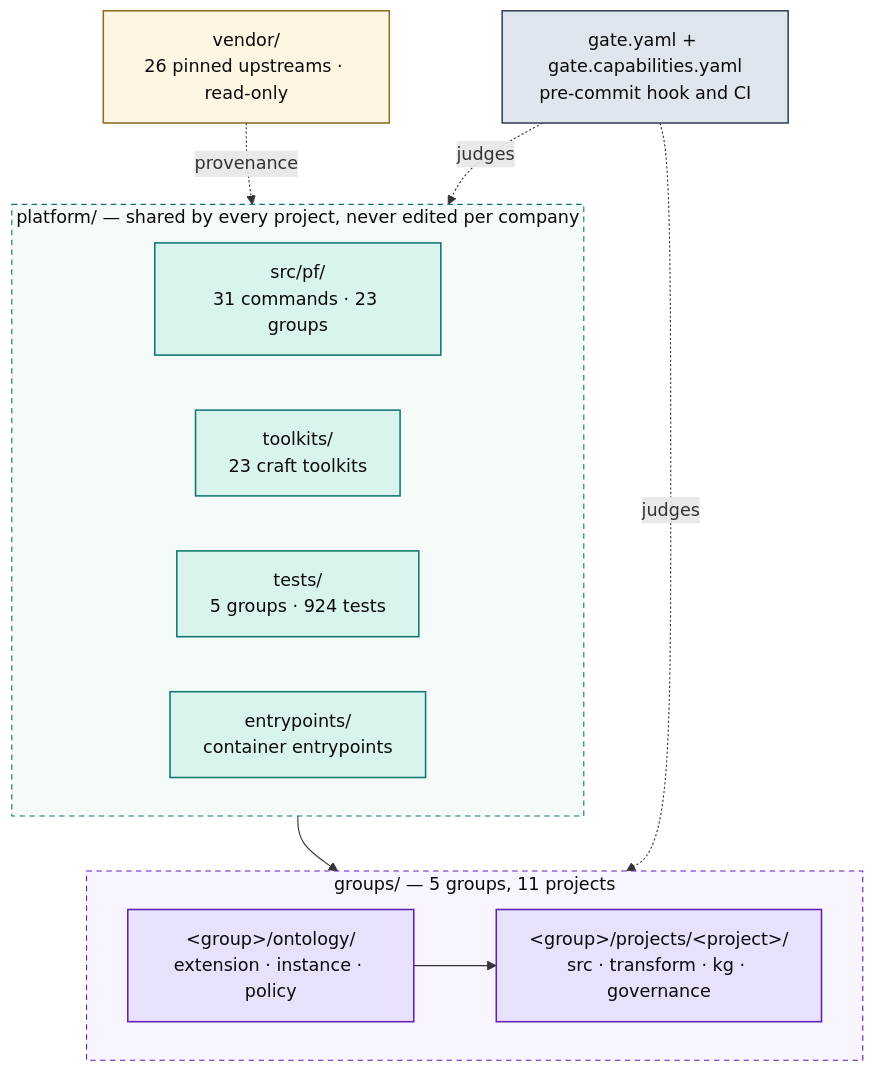
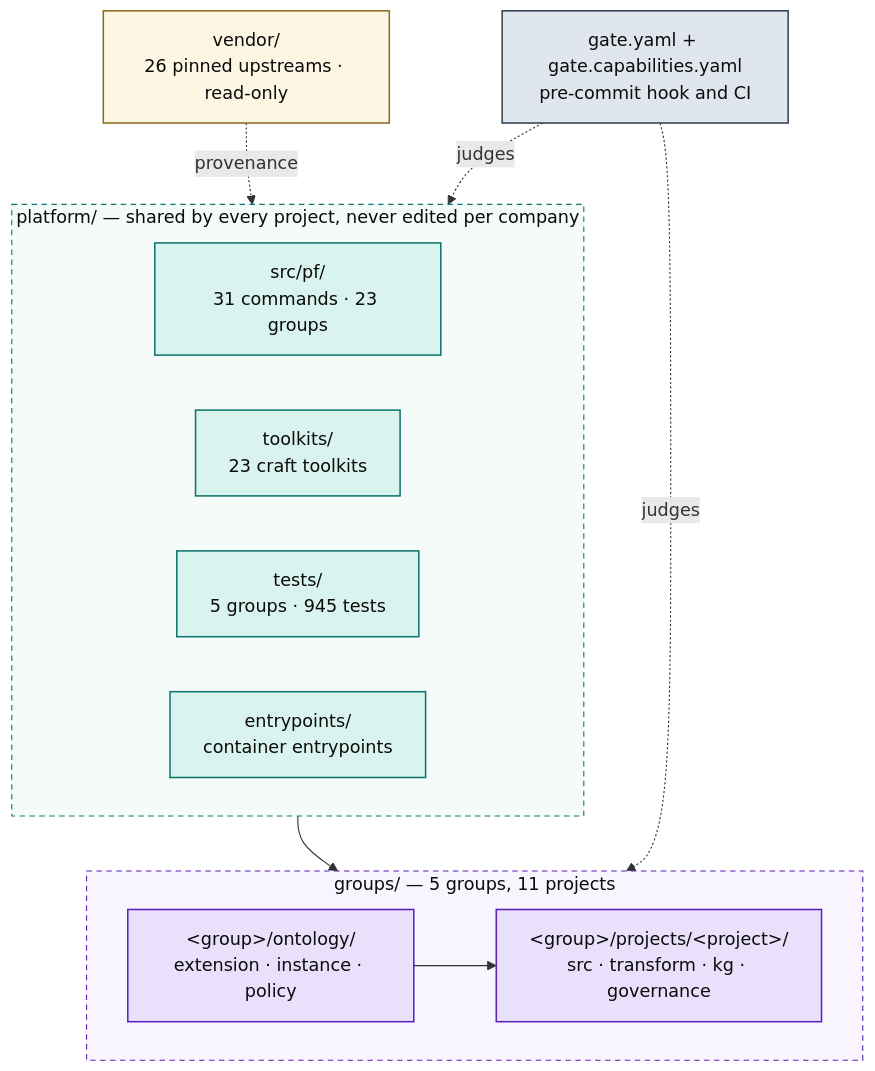
Before and after one commit to Atomz-org/data-platform: the first of 5 diagrams in docs/ARCHITECTURE.md, drawn with Mermaid. The commit also changed other lines of this file and 10 other files, not shown here.

````diff
--- a/docs/ARCHITECTURE.md
+++ b/docs/ARCHITECTURE.md
@@ -15,36 +15,36 @@
 ```mermaid
 flowchart TB
   subgraph SHARED["platform/ — shared by every project, never edited per company"]
     direction LR
     ENG["src/pf/<br/>31 commands · 23 groups"]
     TK["toolkits/<br/>23 craft toolkits"]
-    TST["tests/<br/>5 groups · 924 tests"]
+    TST["tests/<br/>5 groups · 945 tests"]
     ENT["entrypoints/<br/>container entrypoints"]
   end
 
   subgraph ENTITIES["groups/ — 5 groups, 11 projects"]
     direction LR
     GRP["&lt;group&gt;/ontology/<br/>extension · instance · policy"]
     PRJ["&lt;group&gt;/projects/&lt;project&gt;/<br/>src · transform · kg · governance"]
     GRP --> PRJ
   end
 
   VEN["vendor/<br/>26 pinned upstreams · read-only"]
   GATE["gate.yaml + gate.capabilities.yaml<br/>pre-commit hook and CI"]
 
   SHARED --> ENTITIES
   VEN -.provenance.-> SHARED
   GATE -.judges.-> ENTITIES
   GATE -.judges.-> SHARED
 
   classDef code fill:#d9f4ee,stroke:#0f766e,stroke-width:1.4px,color:#0b0b0b
   classDef data fill:#e9e1fb,stroke:#5b21b6,stroke-width:1.4px,color:#0b0b0b
   classDef gov fill:#e0e6ed,stroke:#334155,stroke-width:1.4px,color:#0b0b0b
   classDef ext fill:#fdf6e3,stroke:#8a6d1f,stroke-width:1.4px,color:#0b0b0b
   class ENG,TK,TST,ENT code
   class GRP,PRJ data
   class GATE gov
   class VEN ext
   style SHARED fill:#f4fbf9,stroke:#0f766e,stroke-dasharray:5 4,color:#0b0b0b
   style ENTITIES fill:#f8f5fe,stroke:#5b21b6,stroke-dasharray:5 4,color:#0b0b0b
 ```
````
